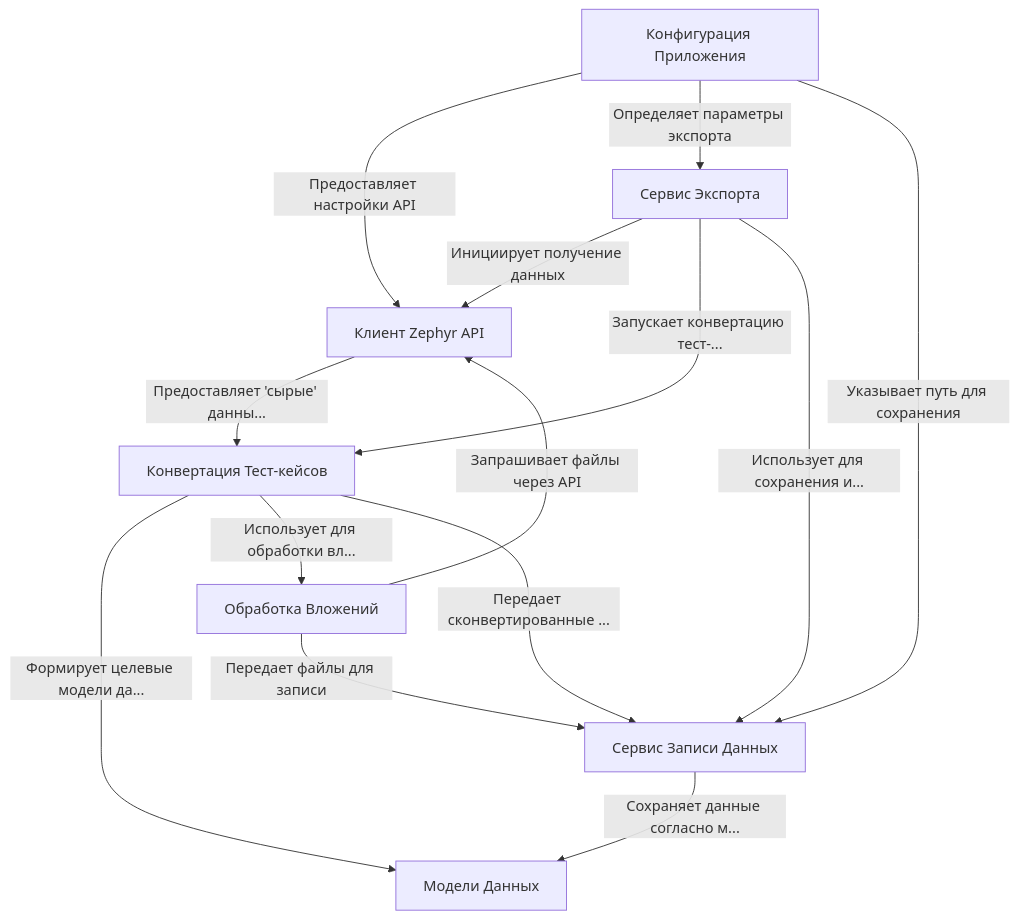
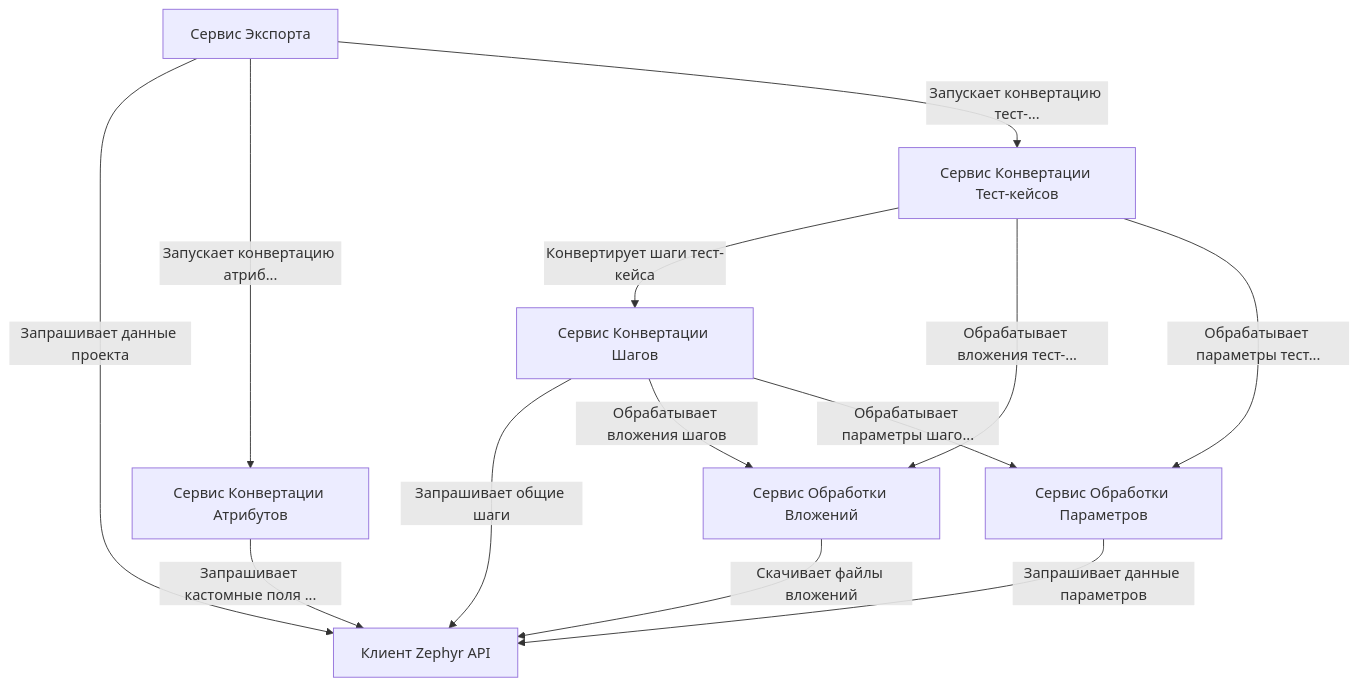
Before and after one commit to testit-tms/migrators: the diagram in Migrators/ZephyrScaleServerExporter/docs/index.md, drawn with Mermaid. The commit also changed other lines of this file and 120 other files, not shown here.

````diff
--- a/Migrators/ZephyrScaleServerExporter/docs/index.md
+++ b/Migrators/ZephyrScaleServerExporter/docs/index.md
@@ -11,30 +10,22 @@
 ```mermaid
 flowchart TD
-    A0["Конфигурация Приложения
-"]
-    A1["Клиент Zephyr API
-"]
-    A2["Модели Данных
-"]
-    A3["Сервис Экспорта
-"]
-    A4["Сервис Записи Данных
-"]
-    A5["Конвертация Тест-кейсов
-"]
-    A6["Обработка Вложений
-"]
-    A0 -- "Предоставляет настройки API" --> A1
-    A0 -- "Определяет параметры экспорта" --> A3
-    A0 -- "Указывает путь для сохранения" --> A4
-    A1 -- "Предоставляет 'сырые' данны..." --> A5
-    A3 -- "Инициирует получение данных" --> A1
-    A3 -- "Запускает конвертацию тест-..." --> A5
-    A3 -- "Использует для сохранения и..." --> A4
-    A5 -- "Формирует целевые модели да..." --> A2
-    A5 -- "Использует для обработки вл..." --> A6
-    A5 -- "Передает сконвертированные ..." --> A4
-    A6 -- "Запрашивает файлы через API" --> A1
-    A6 -- "Передает файлы для записи" --> A4
-    A4 -- "Сохраняет данные согласно м..." --> A2
+    A0["Клиент Zephyr API"]
+    A1["Сервис Экспорта"]
+    A2["Сервис Конвертации Тест-кейсов"]
+    A3["Сервис Конвертации Шагов"]
+    A4["Сервис Конвертации Атрибутов"]
+    A5["Сервис Обработки Вложений"]
+    A6["Сервис Обработки Параметров"]
+    A1 -- "Запрашивает данные проекта" --> A0
+    A1 -- "Запускает конвертацию атриб..." --> A4
+    A1 -- "Запускает конвертацию тест-..." --> A2
+    A2 -- "Конвертирует шаги тест-кейса" --> A3
+    A2 -- "Обрабатывает вложения тест-..." --> A5
+    A2 -- "Обрабатывает параметры тест..." --> A6
+    A3 -- "Запрашивает общие шаги" --> A0
+    A3 -- "Обрабатывает вложения шагов" --> A5
+    A3 -- "Обрабатывает параметры шаго..." --> A6
+    A4 -- "Запрашивает кастомные поля ..." --> A0
+    A5 -- "Скачивает файлы вложений" --> A0
+    A6 -- "Запрашивает данные параметров" --> A0
 ```
````
